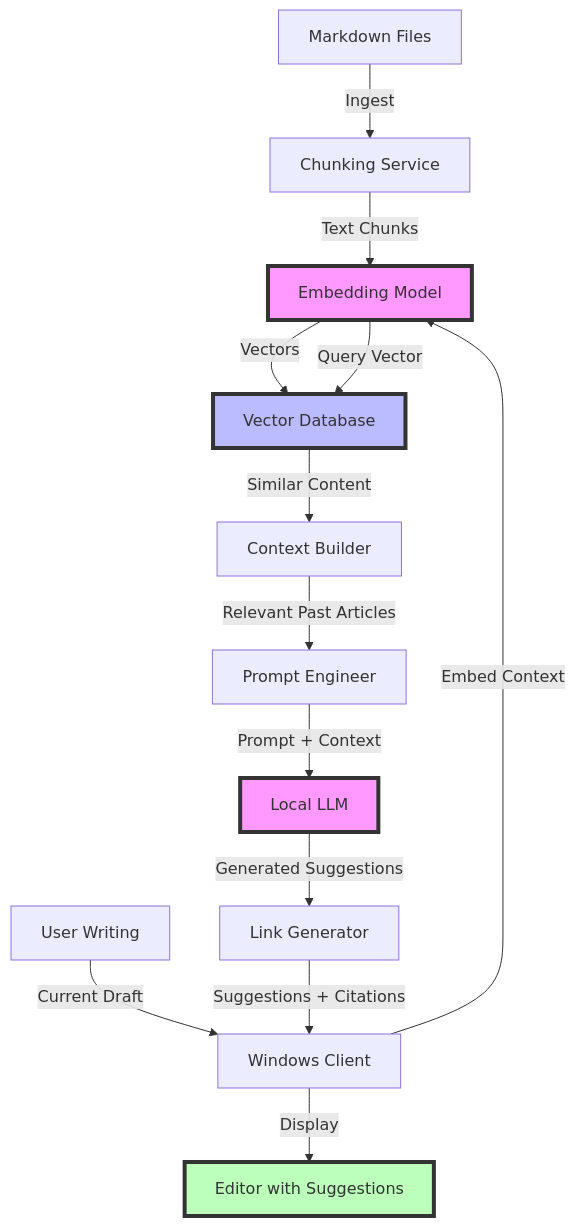
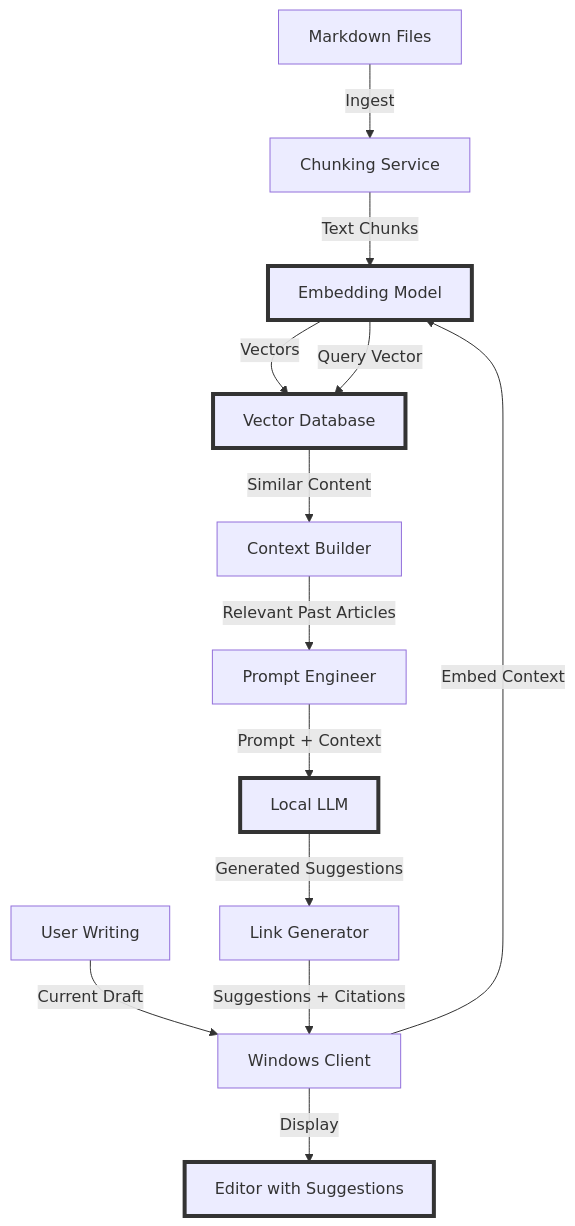
The diagram in Mostlylucid/Markdown/building-a-lawyer-gpt-for-your-blog-part1.md (Shaddix/mostlylucidweb), drawn with Mermaid before and after one commit. The commit also changed 7 other files, not shown here.

First line of the commit message:
Update Mermaid diagrams in Lawyer GPT series for dark mode compatibility

````diff
--- a/Mostlylucid/Markdown/building-a-lawyer-gpt-for-your-blog-part1.md
+++ b/Mostlylucid/Markdown/building-a-lawyer-gpt-for-your-blog-part1.md
@@ -198,23 +198,24 @@
 ```mermaid
 graph TB
     A[Markdown Files] -->|Ingest| B[Chunking Service]
     B -->|Text Chunks| C[Embedding Model]
     C -->|Vectors| D[Vector Database]
 
     E[User Writing] -->|Current Draft| F[Windows Client]
     F -->|Embed Context| C
     C -->|Query Vector| D
     D -->|Similar Content| G[Context Builder]
 
     G -->|Relevant Past Articles| H[Prompt Engineer]
     H -->|Prompt + Context| I[Local LLM]
     I -->|Generated Suggestions| J[Link Generator]
     J -->|Suggestions + Citations| F
 
     F -->|Display| K[Editor with Suggestions]
 
-    style C fill:#f9f,stroke:#333,stroke-width:4px
-    style D fill:#bbf,stroke:#333,stroke-width:4px
-    style I fill:#f9f,stroke:#333,stroke-width:4px
-    style K fill:#bfb,stroke:#333,stroke-width:4px
+    class C,I embedding
+    class D,K output
+
+    classDef embedding stroke:#333,stroke-width:4px
+    classDef output stroke:#333,stroke-width:4px
 ```
````
